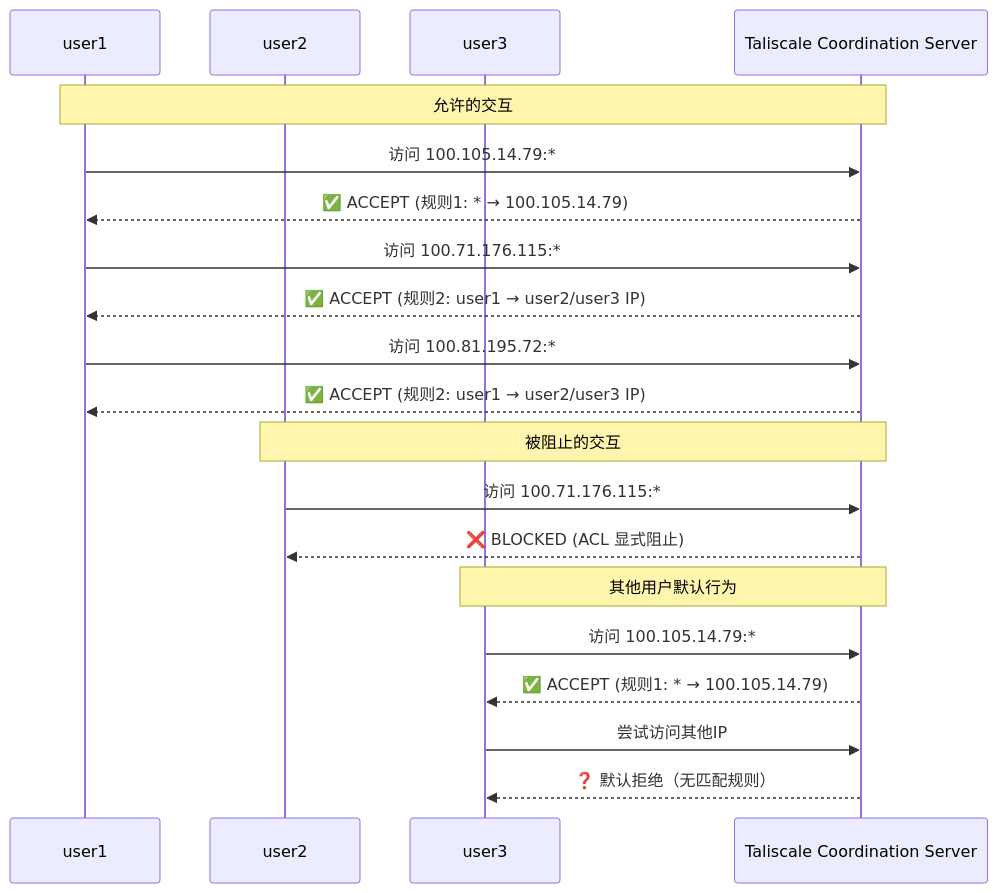
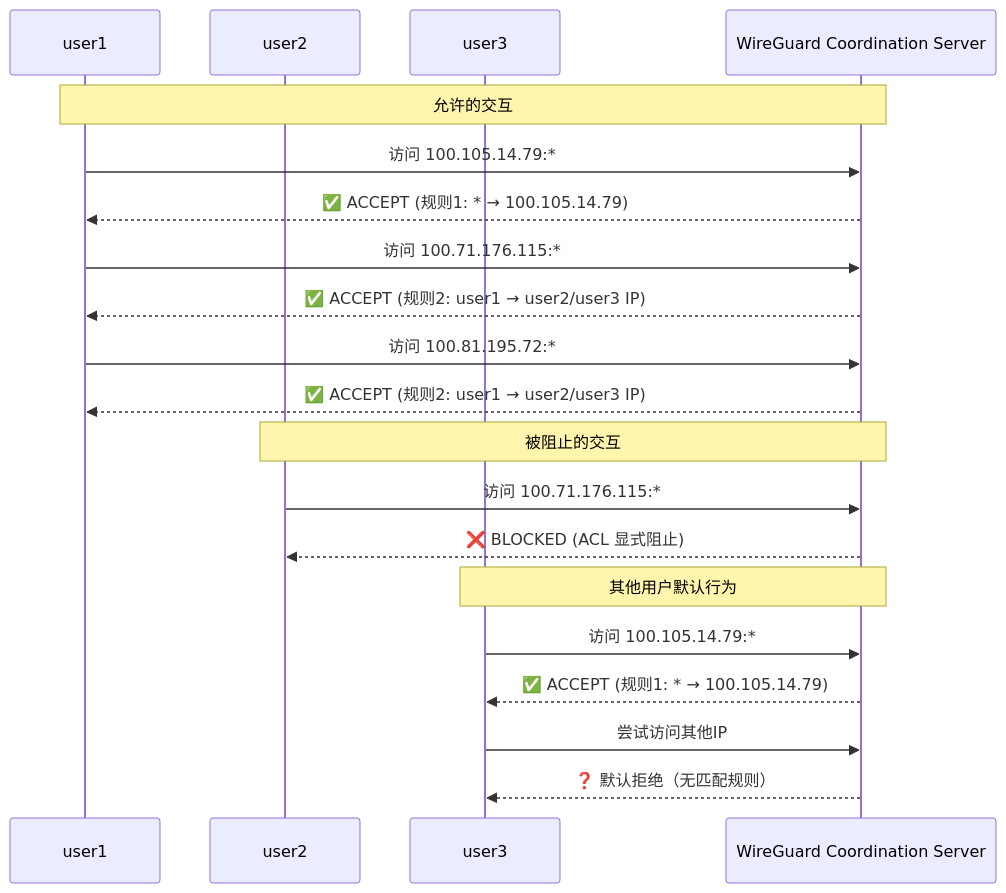
Before and after one commit to PGuideDev/PGuide-Docs: the second of 2 diagrams in docs/notes/学习笔记/7.网络安全/VPN搭建.md, drawn with Mermaid.

Commit message:
docs(vpn): improve docs

````diff
--- a/docs/notes/学习笔记/7.网络安全/VPN搭建.md
+++ b/docs/notes/学习笔记/7.网络安全/VPN搭建.md
@@ -43,28 +43,28 @@
 ```mermaid
 sequenceDiagram
     participant user1
     participant user2
     participant user3
-    participant TaliscaleServer as Taliscale Coordination Server
+    participant WireGuardServer as WireGuard Coordination Server
 
-    Note over user1,TaliscaleServer: 允许的交互
-    user1->>TaliscaleServer: 访问 100.105.14.79:*
-    TaliscaleServer-->>user1: ✅ ACCEPT (规则1: * → 100.105.14.79)
+    Note over user1,WireGuardServer: 允许的交互
+    user1->>WireGuardServer: 访问 100.105.14.79:*
+    WireGuardServer-->>user1: ✅ ACCEPT (规则1: * → 100.105.14.79)
     
-    user1->>TaliscaleServer: 访问 100.71.176.115:*
-    TaliscaleServer-->>user1: ✅ ACCEPT (规则2: user1 → user2/user3 IP)
+    user1->>WireGuardServer: 访问 100.71.176.115:*
+    WireGuardServer-->>user1: ✅ ACCEPT (规则2: user1 → user2/user3 IP)
     
-    user1->>TaliscaleServer: 访问 100.81.195.72:*
-    TaliscaleServer-->>user1: ✅ ACCEPT (规则2: user1 → user2/user3 IP)
+    user1->>WireGuardServer: 访问 100.81.195.72:*
+    WireGuardServer-->>user1: ✅ ACCEPT (规则2: user1 → user2/user3 IP)
 
-    Note over user2,TaliscaleServer: 被阻止的交互
-    user2->>TaliscaleServer: 访问 100.71.176.115:*
-    TaliscaleServer-->>user2: ❌ BLOCKED (ACL 显式阻止)
+    Note over user2,WireGuardServer: 被阻止的交互
+    user2->>WireGuardServer: 访问 100.71.176.115:*
+    WireGuardServer-->>user2: ❌ BLOCKED (ACL 显式阻止)
 
-    Note over user3,TaliscaleServer: 其他用户默认行为
-    user3->>TaliscaleServer: 访问 100.105.14.79:*
-    TaliscaleServer-->>user3: ✅ ACCEPT (规则1: * → 100.105.14.79)
+    Note over user3,WireGuardServer: 其他用户默认行为
+    user3->>WireGuardServer: 访问 100.105.14.79:*
+    WireGuardServer-->>user3: ✅ ACCEPT (规则1: * → 100.105.14.79)
     
-    user3->>TaliscaleServer: 尝试访问其他IP
-    TaliscaleServer-->>user3: ❓ 默认拒绝（无匹配规则）
+    user3->>WireGuardServer: 尝试访问其他IP
+    WireGuardServer-->>user3: ❓ 默认拒绝（无匹配规则）
 ```
````
